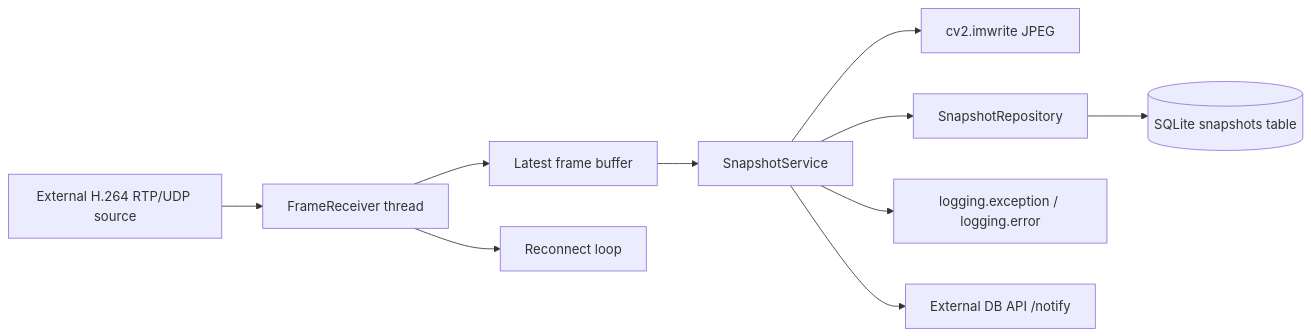
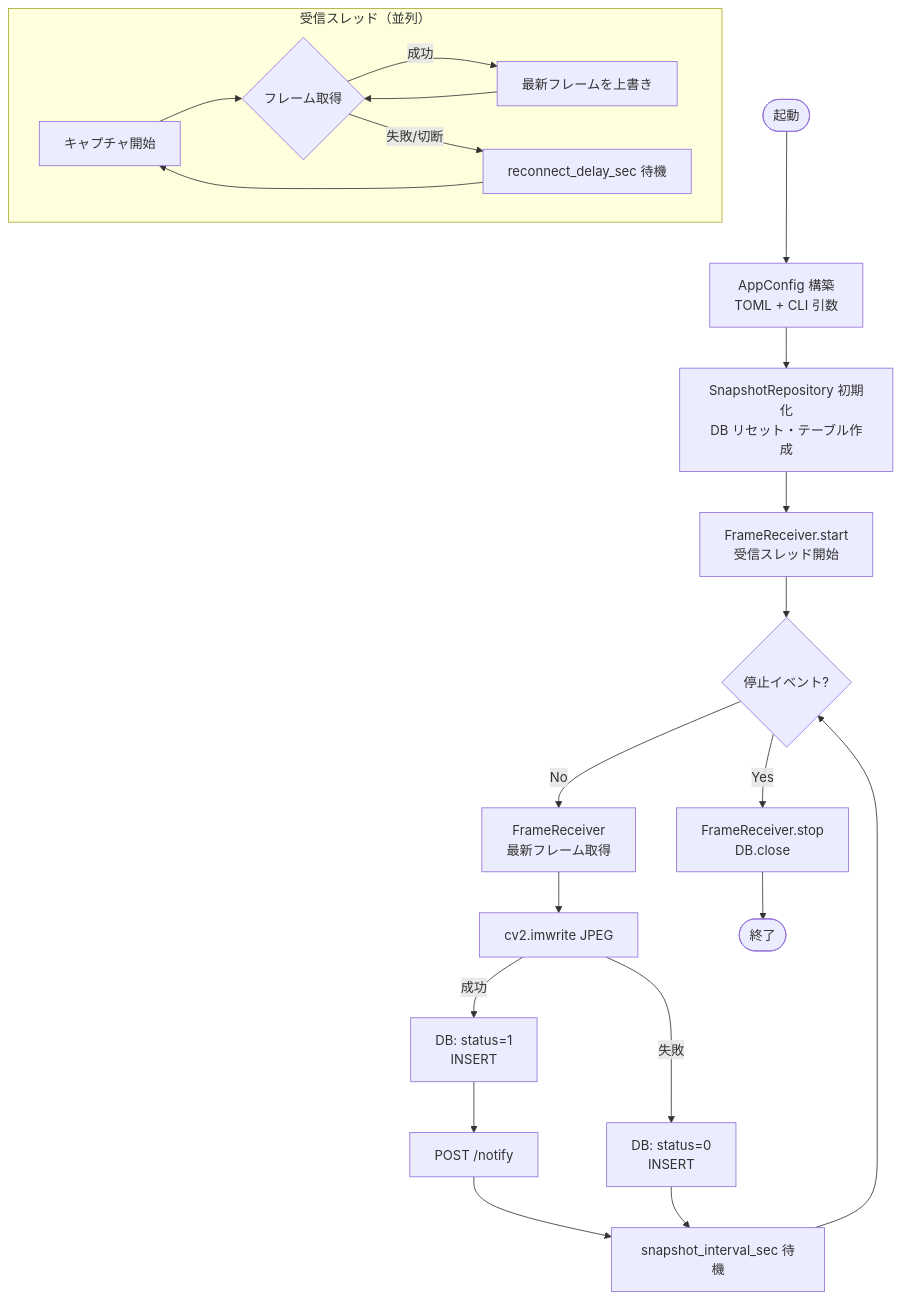
The second of 3 diagrams in docs/architecture.md (tinayla696/rtsp-snapshot-processor), drawn with Mermaid before and after one commit. The commit also changed other lines of this file and 5 other files, not shown here.

````diff
--- a/docs/architecture.md
+++ b/docs/architecture.md
@@ -54,12 +109,25 @@
 ```mermaid
-flowchart LR
-    A[External H.264 RTP/UDP source] --> B[FrameReceiver thread]
-    B --> C[Latest frame buffer]
-    C --> D[SnapshotService]
-    D --> E[cv2.imwrite JPEG]
-    D --> F[SnapshotRepository]
-    F --> G[(SQLite snapshots table)]
-    D --> H[logging.exception / logging.error]
-    B --> I[Reconnect loop]
-    D --> J[External DB API /notify]
+flowchart TD
+    START([起動]) --> CFG[AppConfig 構築\nTOML + CLI 引数]
+    CFG --> REPO[SnapshotRepository 初期化\nDB リセット・テーブル作成]
+    REPO --> RECV[FrameReceiver.start\n受信スレッド開始]
+    RECV --> LOOP{停止イベント?}
+    LOOP -->|No| FRAME[FrameReceiver\n最新フレーム取得]
+    FRAME --> SAVE[cv2.imwrite JPEG]
+    SAVE -->|成功| DBOK[DB: status=1\nINSERT]
+    SAVE -->|失敗| DBNG[DB: status=0\nINSERT]
+    DBOK --> NOTIFY[POST /notify]
+    NOTIFY --> WAIT[snapshot_interval_sec 待機]
+    DBNG --> WAIT
+    WAIT --> LOOP
+    LOOP -->|Yes| STOP[FrameReceiver.stop\nDB.close]
+    STOP --> END([終了])
+
+    subgraph "受信スレッド（並列）"
+        RT1[キャプチャ開始] --> RT2{フレーム取得}
+        RT2 -->|成功| RT3[最新フレームを上書き]
+        RT3 --> RT2
+        RT2 -->|失敗/切断| RT4[reconnect_delay_sec 待機]
+        RT4 --> RT1
+    end
 ```
````
